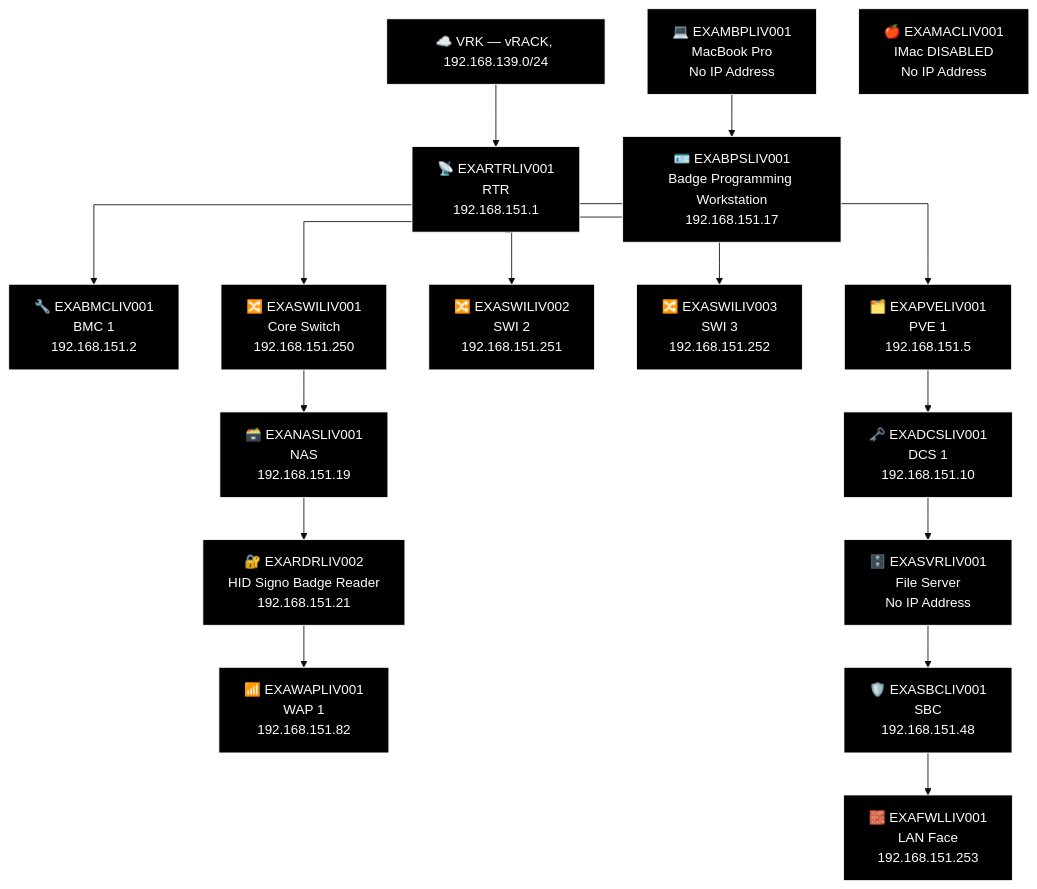
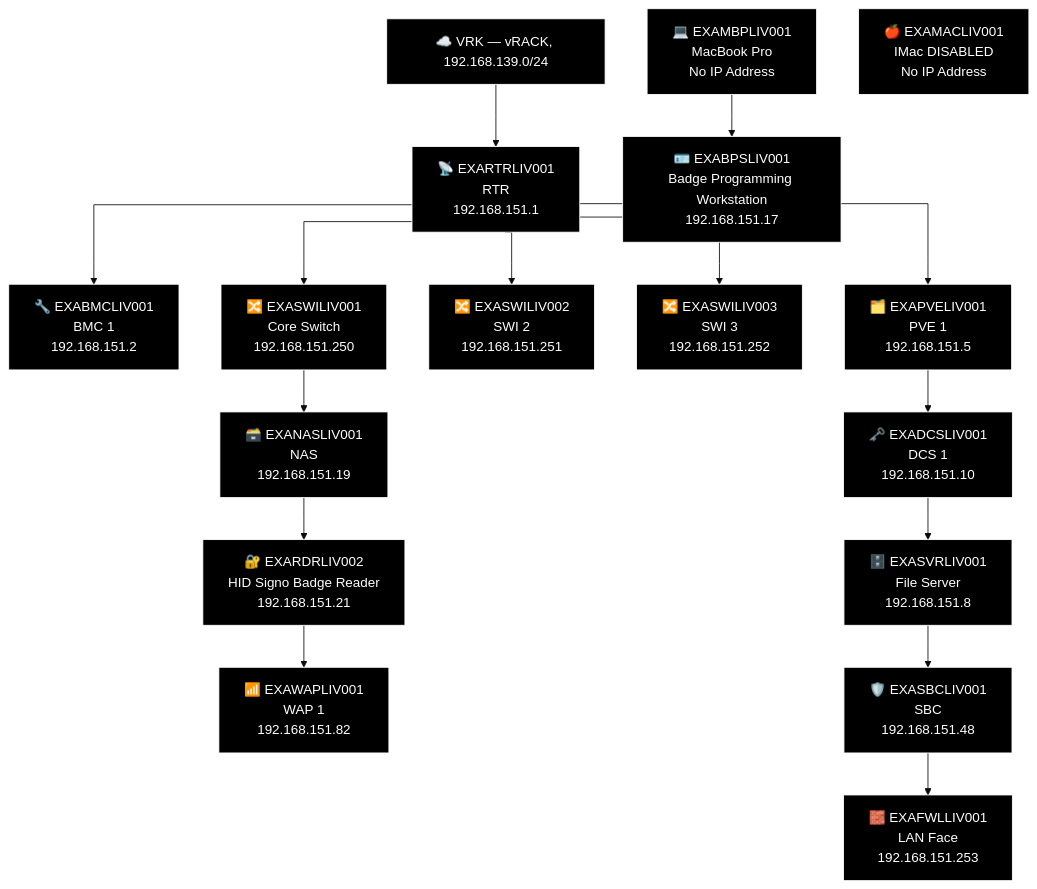
Before and after one commit to knightmare2600/example_music_infra: diagram 12 of 27 in docs/network-diagram/england.md, drawn with Mermaid (base theme). The commit also changed 11 other files, not shown here.

````diff
--- a/docs/network-diagram/england.md
+++ b/docs/network-diagram/england.md
@@ -598,49 +598,49 @@
 ```mermaid
 %% GENERATED:TOPOLOGY:LIV:START
 %%{init: {'flowchart': {'curve': 'stepAfter'}}}%%
 graph TD
     T_VRK["☁️ VRK — vRACK, 192.168.139.0/24"]
     T_RTR["📡 EXARTRLIV001<br/>RTR<br/>192.168.151.1"]
     T_VRK --> T_RTR
     T_BMC["🔧 EXABMCLIV001<br/>BMC 1<br/>192.168.151.2"]
     T_RTR --> T_BMC
     T_PVE["🗂️ EXAPVELIV001<br/>PVE 1<br/>192.168.151.5"]
     T_RTR --> T_PVE
     T_SWI["🔀 EXASWILIV002<br/>SWI 2<br/>192.168.151.251"]
     T_RTR --> T_SWI
     T_SWI2["🔀 EXASWILIV003<br/>SWI 3<br/>192.168.151.252"]
     T_RTR --> T_SWI2
     T_SWI3["🔀 EXASWILIV001<br/>Core Switch<br/>192.168.151.250"]
     T_RTR --> T_SWI3
     T_NAS["🗃️ EXANASLIV001<br/>NAS<br/>192.168.151.19"]
     T_RDR["🔐 EXARDRLIV002<br/>HID Signo Badge Reader<br/>192.168.151.21"]
     T_WAP["📶 EXAWAPLIV001<br/>WAP 1<br/>192.168.151.82"]
     T_SWI3 --> T_NAS --> T_RDR --> T_WAP
     T_DCS["🗝️ EXADCSLIV001<br/>DCS 1<br/>192.168.151.10"]
-    T_SVR["🗄️ EXASVRLIV001<br/>File Server<br/>No IP Address"]
+    T_SVR["🗄️ EXASVRLIV001<br/>File Server<br/>192.168.151.8"]
     T_SBC["🛡️ EXASBCLIV001<br/>SBC<br/>192.168.151.48"]
     T_FWL["🧱 EXAFWLLIV001<br/>LAN Face<br/>192.168.151.253"]
     T_PVE --> T_DCS --> T_SVR --> T_SBC --> T_FWL
     T_MBP["💻 EXAMBPLIV001<br/>MacBook Pro<br/>No IP Address"]
     T_MAC["🍎 EXAMACLIV001<br/>IMac DISABLED<br/>No IP Address"]
     T_BPS["🪪 EXABPSLIV001<br/>Badge Programming Workstation<br/>192.168.151.17"]
     T_MBP --> T_BPS
     style T_VRK fill:#000000,stroke:#FFFFFF,color:#FFFFFF
     style T_RTR fill:#000000,stroke:#FFFFFF,color:#FFFFFF
     style T_BMC fill:#000000,stroke:#FFFFFF,color:#FFFFFF
     style T_PVE fill:#000000,stroke:#FFFFFF,color:#FFFFFF
     style T_SWI fill:#000000,stroke:#FFFFFF,color:#FFFFFF
     style T_SWI2 fill:#000000,stroke:#FFFFFF,color:#FFFFFF
     style T_SWI3 fill:#000000,stroke:#FFFFFF,color:#FFFFFF
     style T_NAS fill:#000000,stroke:#FFFFFF,color:#FFFFFF
     style T_RDR fill:#000000,stroke:#FFFFFF,color:#FFFFFF
     style T_WAP fill:#000000,stroke:#FFFFFF,color:#FFFFFF
     style T_DCS fill:#000000,stroke:#FFFFFF,color:#FFFFFF
     style T_SVR fill:#000000,stroke:#FFFFFF,color:#FFFFFF
     style T_SBC fill:#000000,stroke:#FFFFFF,color:#FFFFFF
     style T_FWL fill:#000000,stroke:#FFFFFF,color:#FFFFFF
     style T_MBP fill:#000000,stroke:#FFFFFF,color:#FFFFFF
     style T_MAC fill:#000000,stroke:#FFFFFF,color:#FFFFFF
     style T_BPS fill:#000000,stroke:#FFFFFF,color:#FFFFFF
 %% GENERATED:TOPOLOGY:LIV:END
 ```
````
